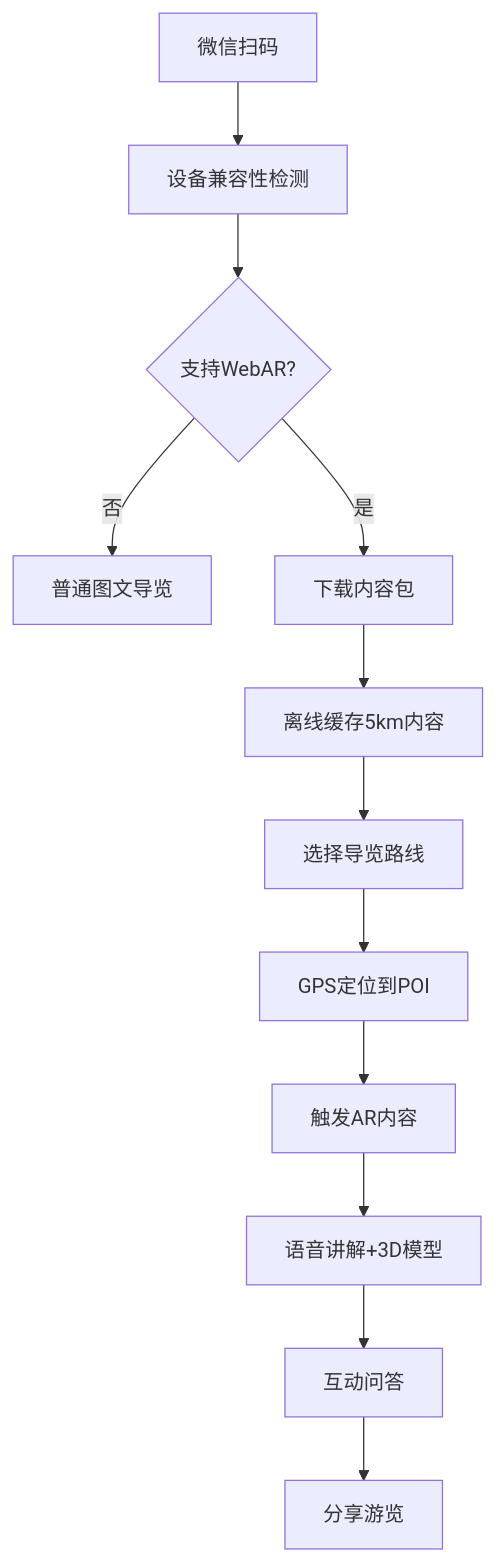
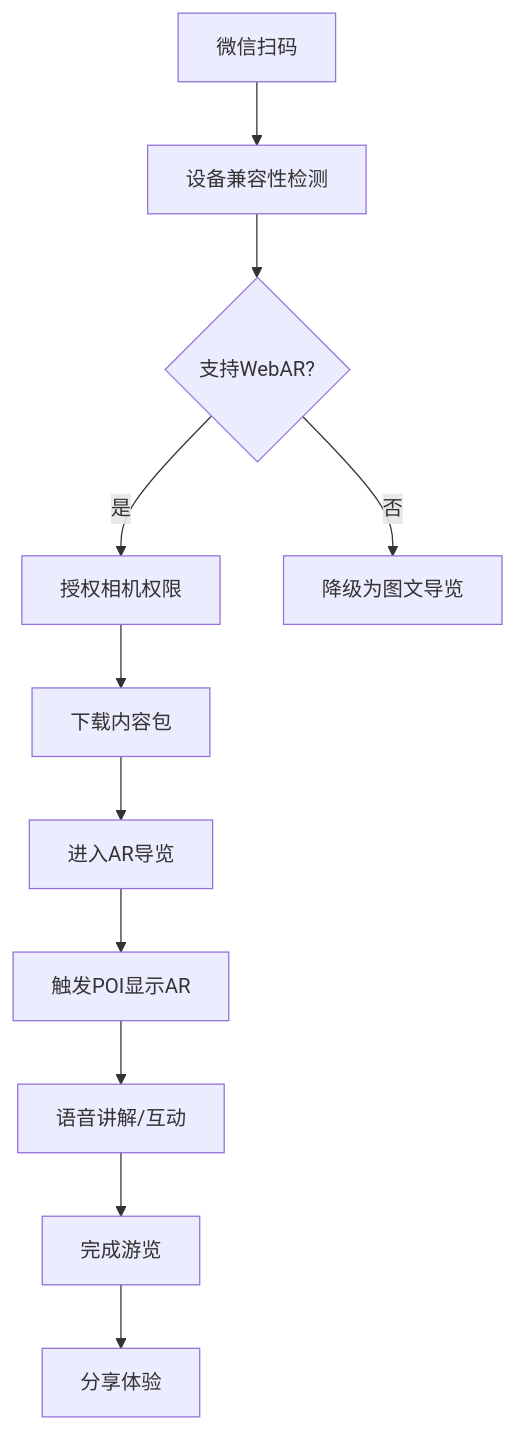
The second of 2 diagrams in .trae/documents/PRD.md (ccpen199/Trae-solo), drawn with Mermaid before and after one commit. The commit also changed other lines of this file and 57 other files, not shown here.

````diff
--- a/.trae/documents/PRD.md
+++ b/.trae/documents/PRD.md
@@ -65,14 +76,13 @@
 ```mermaid
 flowchart TD
     A["微信扫码"] --> B["设备兼容性检测"]
-    B --> C{"支持WebAR?"}
-    C -->|否| D["普通图文导览"]
-    C -->|是| E["下载内容包"]
-    E --> F["离线缓存5km内容"]
-    F --> G["选择导览路线"]
-    G --> H["GPS定位到POI"]
-    H --> I["触发AR内容"]
-    I --> J["语音讲解+3D模型"]
-    J --> K["互动问答"]
-    K --> L["分享游览"]
+    B --> C{支持WebAR?}
+    C -->|是| D["授权相机权限"]
+    C -->|否| E["降级为图文导览"]
+    D --> F["下载内容包"]
+    F --> G["进入AR导览"]
+    G --> H["触发POI显示AR"]
+    H --> I["语音讲解/互动"]
+    I --> J["完成游览"]
+    J --> K["分享体验"]
 ```
````
